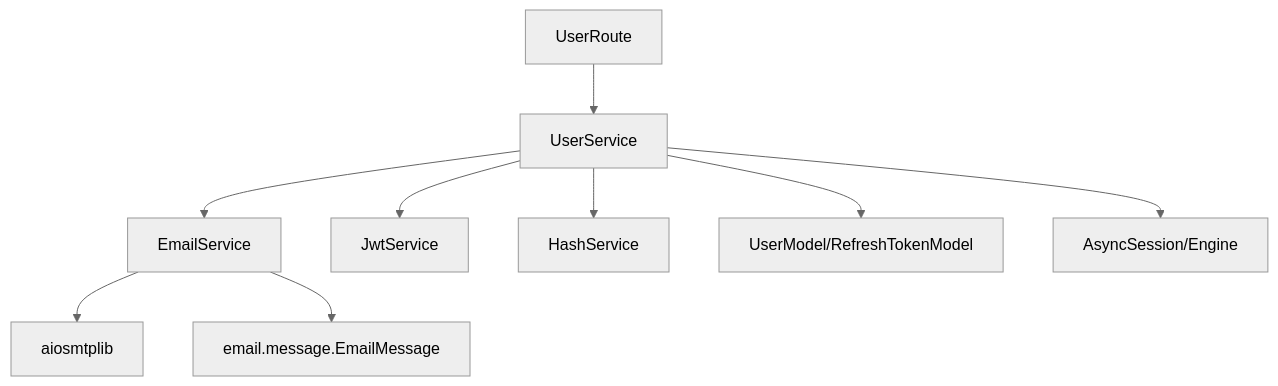
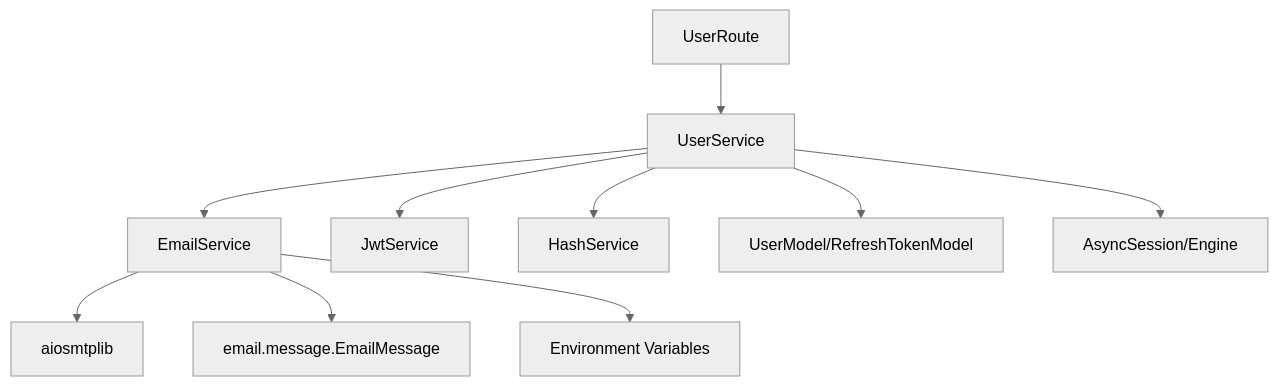
The fourth of 4 diagrams in .qoder/repowiki/en/content/Core Concepts/Service Architecture/Email Service.md (srikant-panda/auth-service), drawn with Mermaid (neutral theme) before and after one commit. The commit also changed other lines of this file and 6 other files, not shown here.

````diff
--- a/.qoder/repowiki/en/content/Core Concepts/Service Architecture/Email Service.md
+++ b/.qoder/repowiki/en/content/Core Concepts/Service Architecture/Email Service.md
@@ -261,20 +322,22 @@
 ```mermaid
 graph TB
 EmailSvc["EmailService"]
 Aiosmtplib["aiosmtplib"]
 EmailMsg["email.message.EmailMessage"]
+EnvVars["Environment Variables"]
 UserService["UserService"]
 JWT["JwtService"]
 Hash["HashService"]
 Router["UserRoute"]
 Models["UserModel/RefreshTokenModel"]
 DB["AsyncSession/Engine"]
 EmailSvc --> Aiosmtplib
 EmailSvc --> EmailMsg
+EmailSvc --> EnvVars
 UserService --> EmailSvc
 UserService --> JWT
 UserService --> Hash
 Router --> UserService
 UserService --> Models
 UserService --> DB
 ```
````
